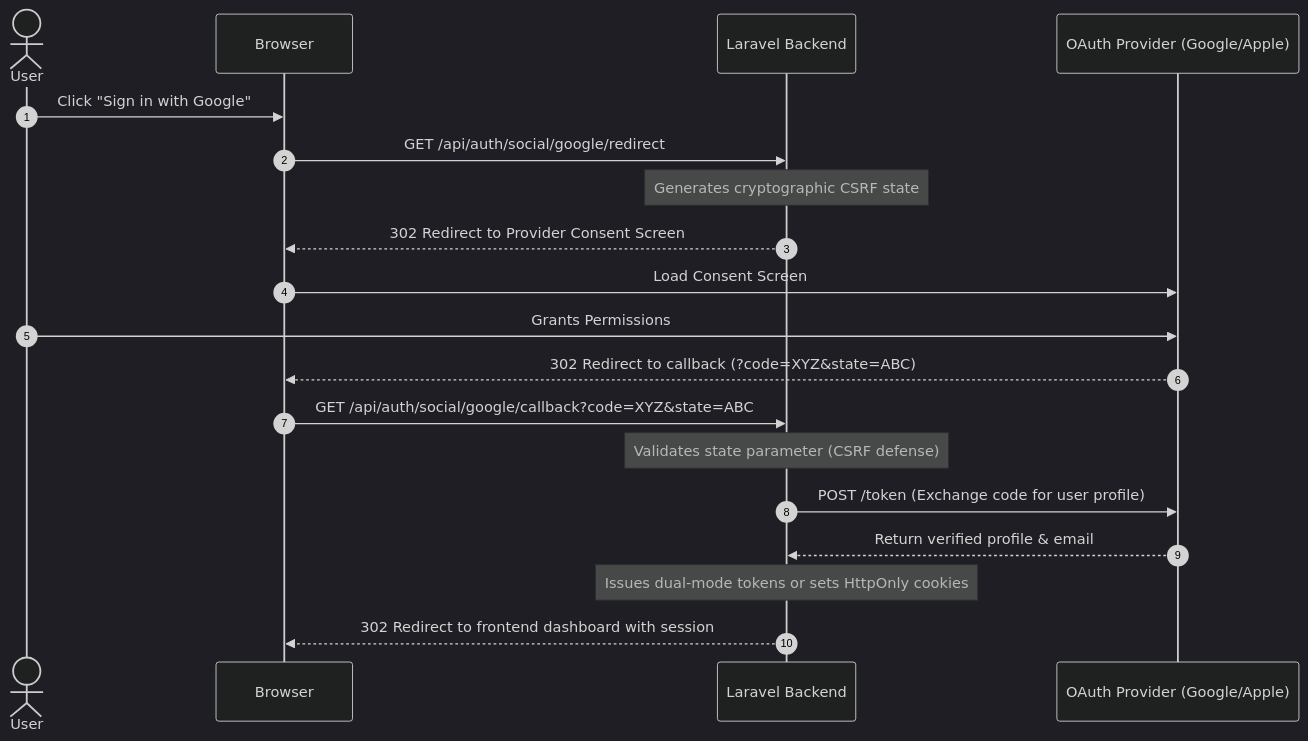
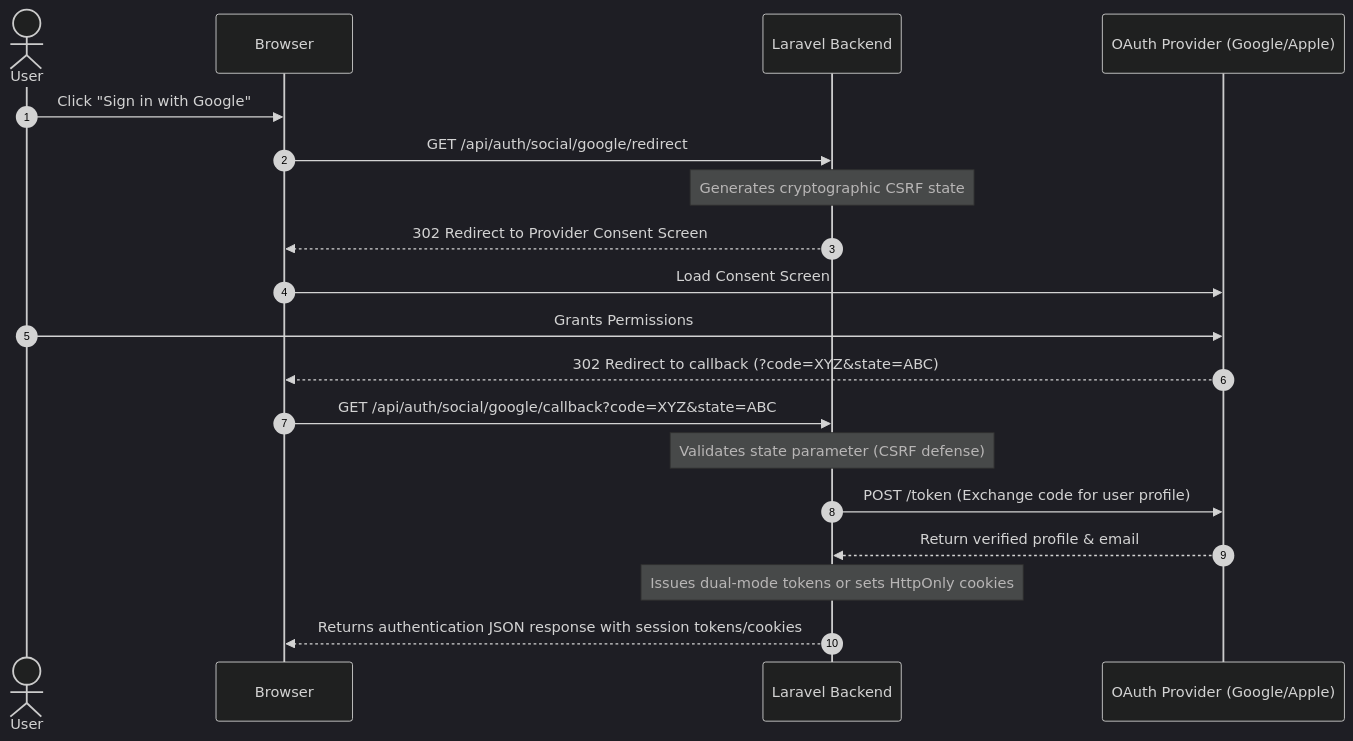
The diagram in docs/src/content/docs/features/social-login.md (kaziomarsh24/laravel-omni-auth), drawn with Mermaid (dark theme) before and after one commit. The commit also changed other lines of this file and 40 other files, not shown here.

````diff
--- a/docs/src/content/docs/features/social-login.md
+++ b/docs/src/content/docs/features/social-login.md
@@ -18,22 +18,22 @@
 ```mermaid
 sequenceDiagram
     autonumber
     actor User
     participant Browser
     participant Backend as Laravel Backend
     participant Provider as OAuth Provider (Google/Apple)
 
     User->>Browser: Click "Sign in with Google"
     Browser->>Backend: GET /api/auth/social/google/redirect
     Note over Backend: Generates cryptographic CSRF state
     Backend-->>Browser: 302 Redirect to Provider Consent Screen
     Browser->>Provider: Load Consent Screen
     User->>Provider: Grants Permissions
     Provider-->>Browser: 302 Redirect to callback (?code=XYZ&state=ABC)
     Browser->>Backend: GET /api/auth/social/google/callback?code=XYZ&state=ABC
     Note over Backend: Validates state parameter (CSRF defense)
     Backend->>Provider: POST /token (Exchange code for user profile)
     Provider-->>Backend: Return verified profile & email
     Note over Backend: Issues dual-mode tokens or sets HttpOnly cookies
-    Backend-->>Browser: 302 Redirect to frontend dashboard with session
+    Backend-->>Browser: Returns authentication JSON response with session tokens/cookies
 ```
````
